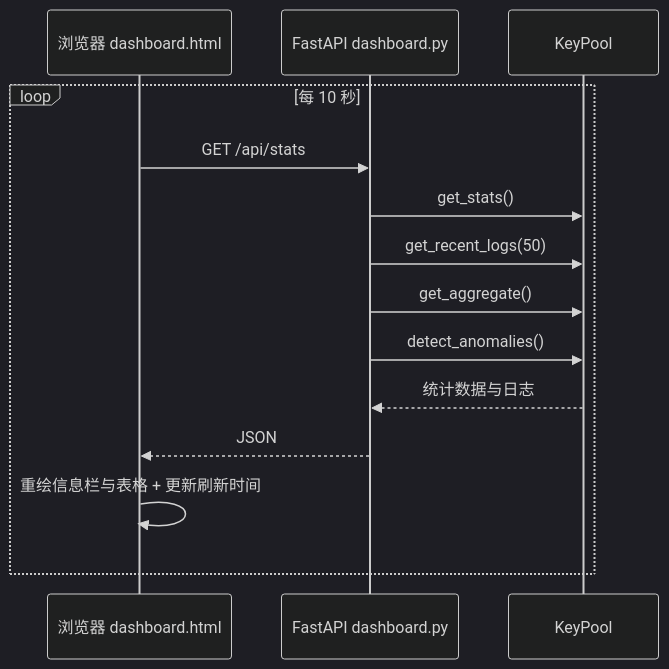
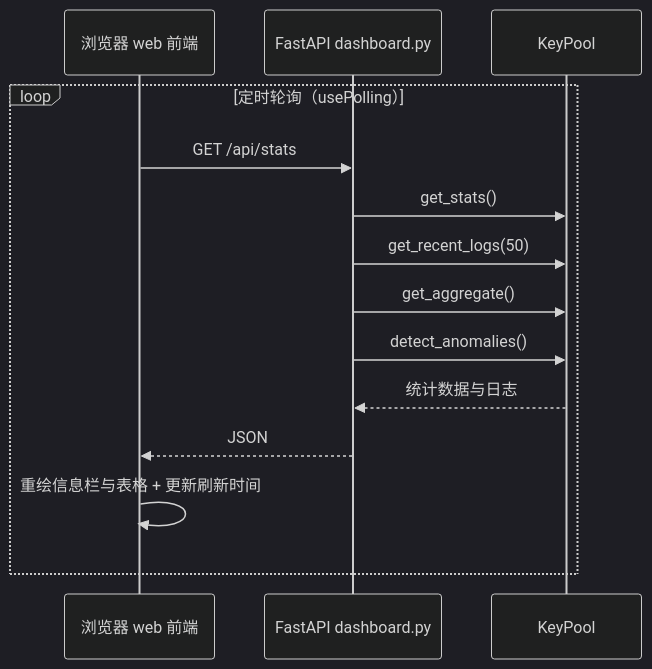
One commit to zylyes/tavily-key changed the second of 2 diagrams in docs/wiki/Web控制台/界面使用.md. Above: the diagram before and after it, drawn with Mermaid (dark theme). The commit also changed other lines of this file and 81 other files, not shown here.

````diff
--- a/docs/wiki/Web控制台/界面使用.md
+++ b/docs/wiki/Web控制台/界面使用.md
@@ -235,17 +235,17 @@
 ```mermaid
 sequenceDiagram
-    participant Browser as 浏览器 dashboard.html
+    participant Browser as 浏览器 web 前端
     participant API as FastAPI dashboard.py
     participant Pool as KeyPool
 
-    loop 每 10 秒
+    loop 定时轮询（usePolling）
         Browser->>API: GET /api/stats
         API->>Pool: get_stats()
         API->>Pool: get_recent_logs(50)
         API->>Pool: get_aggregate()
         API->>Pool: detect_anomalies()
         Pool-->>API: 统计数据与日志
         API-->>Browser: JSON
         Browser->>Browser: 重绘信息栏与表格 + 更新刷新时间
     end
 ```
````
